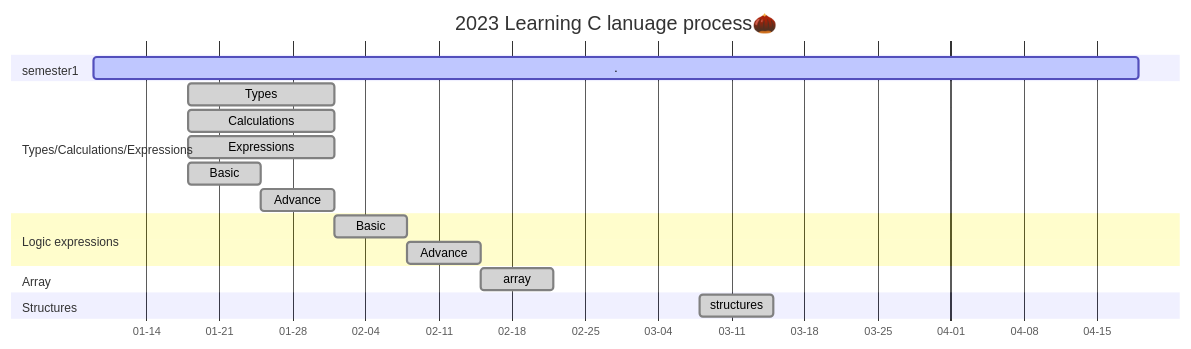
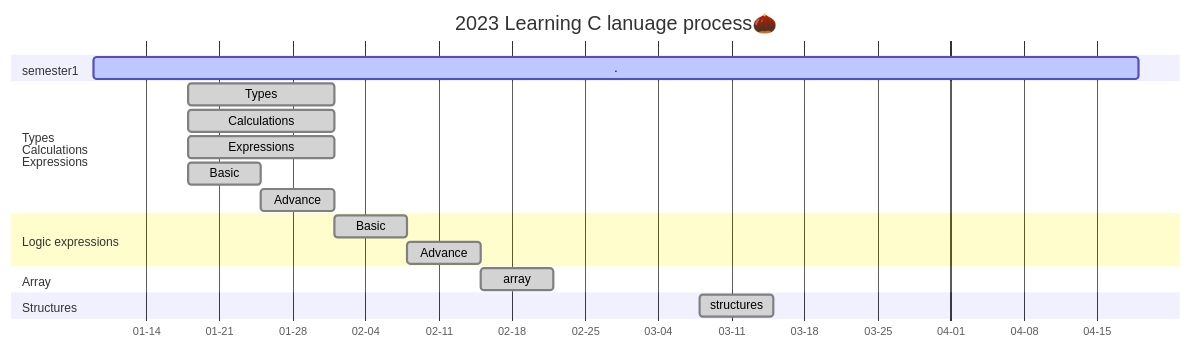
Before and after one commit to AimeeWen1992/Learning-C: the second of 2 diagrams in README.md, drawn with Mermaid.

````diff
--- a/README.md
+++ b/README.md
@@ -32,25 +32,25 @@
 ```mermaid
 gantt
 title 2023 Learning C lanuage process🌰
 dateFormat YYYY-MM-DD
 axisFormat %m-%d
 section semester1
         .            :active,01-09,100d
-section Types/Calculations/Expressions
+section Types<br />Calculations<br />Expressions
         Types        :done,01-18,14d
         Calculations :done,01-18,14d
         Expressions  :done,01-18,14d
         Basic   :done,01-18,7d
         Advance :done,01-25,7d
 
 section Logic expressions
         Basic   :done,des1,02-01,7d
         Advance :done,des2,after des1,7d
 
 section Array
         array :done,02-15,7d
 
 section Structures
         structures :done,03-08,7d
 
 ```
````
